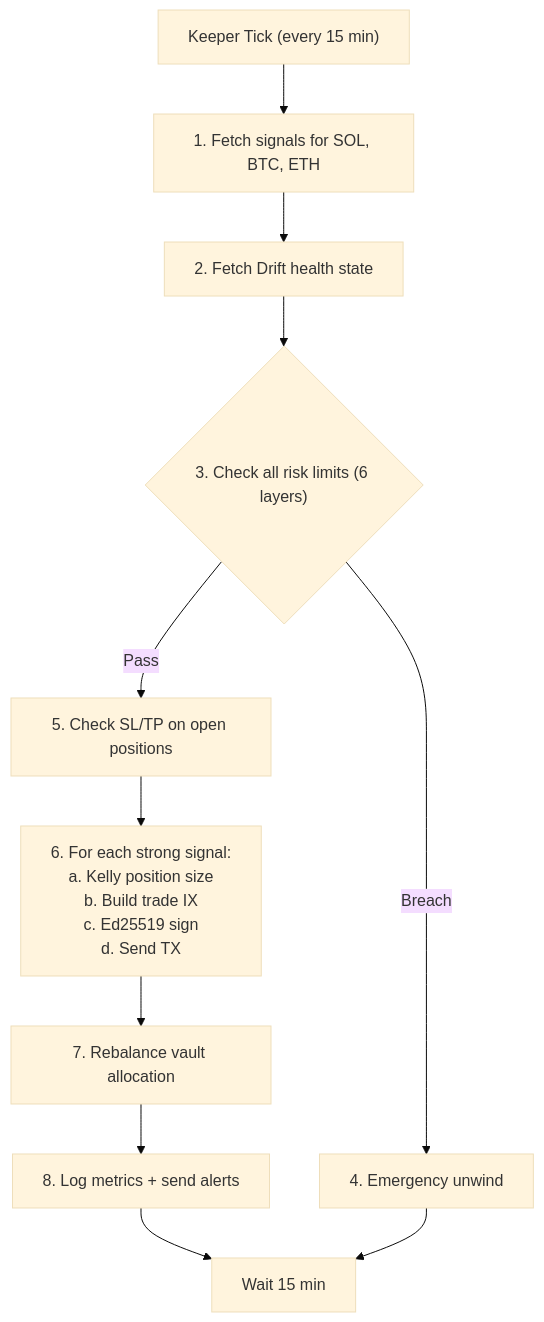
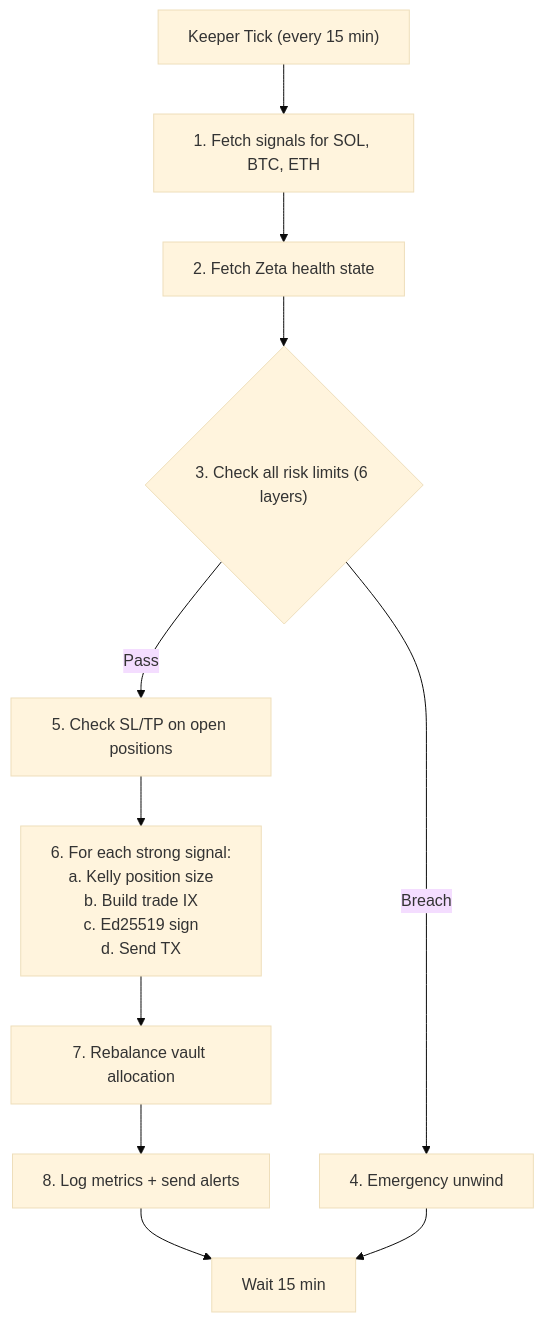
The sixth of 7 diagrams in README.md (Ashutosh0x/ranger-ai-vault), drawn with Mermaid (base theme) before and after one commit. The commit also changed other lines of this file and 82 other files, not shown here.

Commit message:
feat: pivot from Drift to Zeta Markets and add walk-forward backtest results

````diff
--- a/README.md
+++ b/README.md
@@ -872,13 +872,13 @@
 ```mermaid
 flowchart TD
     Start["Keeper Tick (every 15 min)"] --> S1["1. Fetch signals for SOL, BTC, ETH"]
-    S1 --> S2["2. Fetch Drift health state"]
+    S1 --> S2["2. Fetch Zeta health state"]
     S2 --> S3{"3. Check all risk limits (6 layers)"}
     S3 -->|"Breach"| S4["4. Emergency unwind"]
     S3 -->|"Pass"| S5["5. Check SL/TP on open positions"]
     S5 --> S6["6. For each strong signal:\na. Kelly position size\nb. Build trade IX\nc. Ed25519 sign\nd. Send TX"]
     S6 --> S7["7. Rebalance vault allocation"]
     S7 --> S8["8. Log metrics + send alerts"]
     S8 --> End["Wait 15 min"]
     S4 --> End
 ```
````
